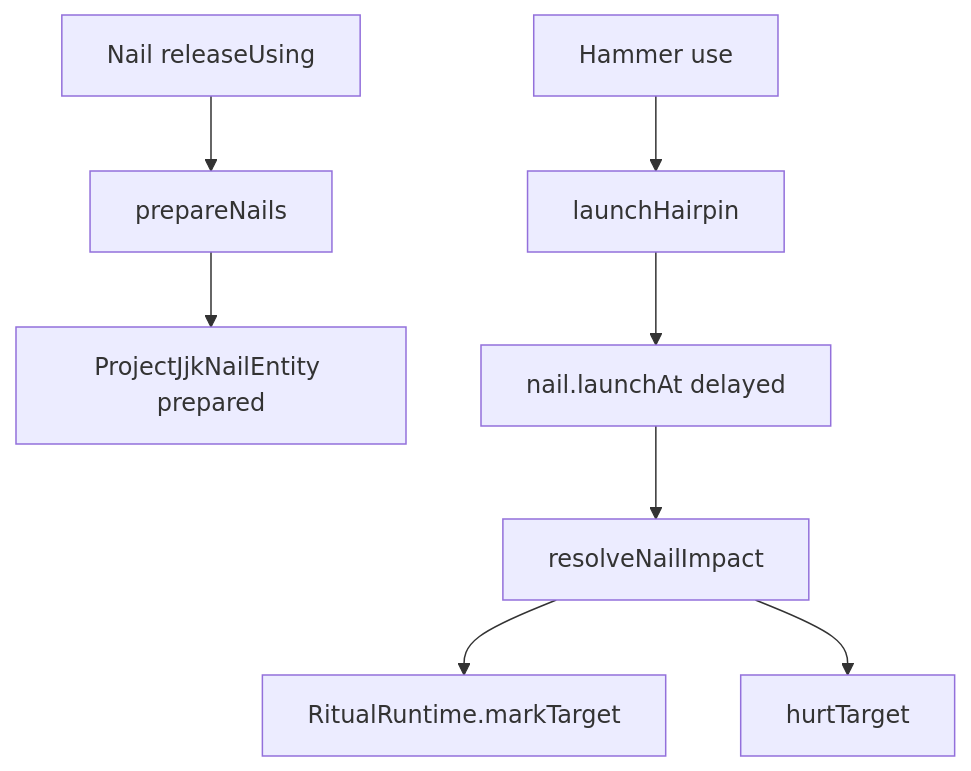
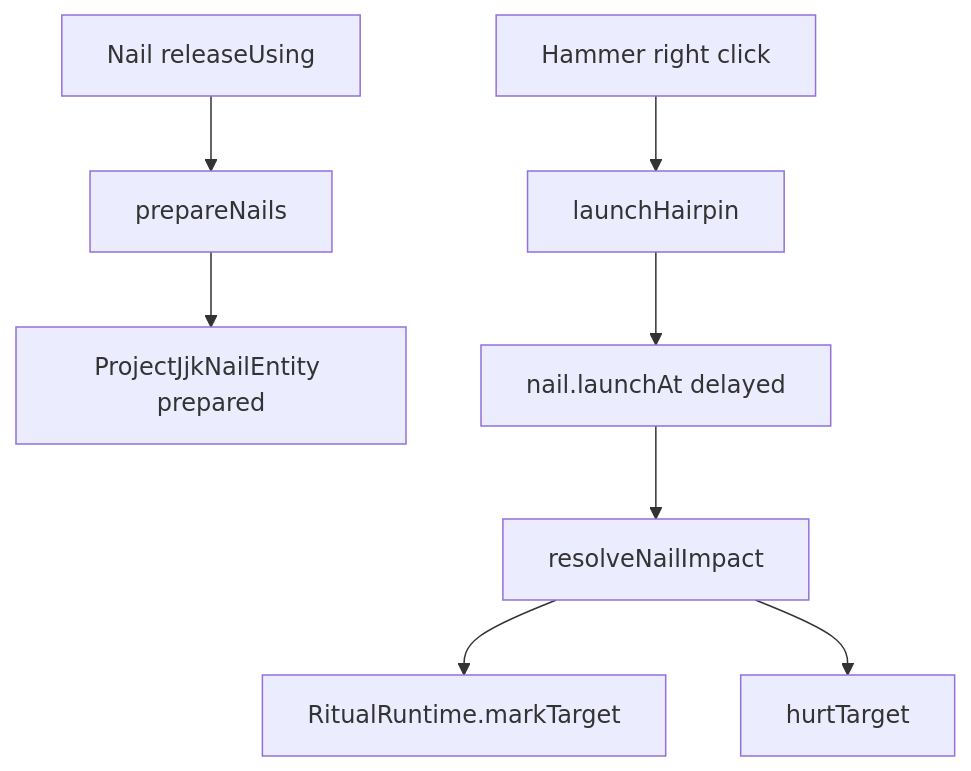
One commit to grebeshok105/jujutsu-minecraft changed the first of 2 diagrams in Jujutsu Kaizen/jujutsumod-codebase-codex/03-systems/Nobara-runtime-flow.md. Above: the diagram before and after it, drawn with Mermaid. The commit also changed other lines of this file and 21 other files, not shown here.

````diff
--- a/Jujutsu Kaizen/jujutsumod-codebase-codex/03-systems/Nobara-runtime-flow.md
+++ b/Jujutsu Kaizen/jujutsumod-codebase-codex/03-systems/Nobara-runtime-flow.md
@@ -61,10 +56,10 @@
 ```mermaid
 flowchart TD
   hold[Nail releaseUsing] --> prep[prepareNails]
   prep --> entities[ProjectJjkNailEntity prepared]
-  hammer[Hammer use] --> launch[launchHairpin]
+  hammer[Hammer right click] --> launch[launchHairpin]
   launch --> fly[nail.launchAt delayed]
   fly --> hit[resolveNailImpact]
   hit --> mark[RitualRuntime.markTarget]
   hit --> dmg[hurtTarget]
 ```
````
